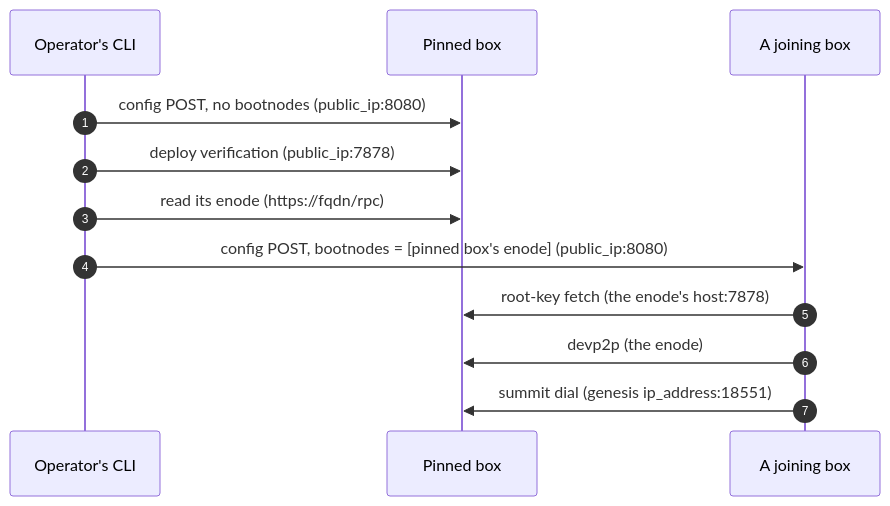
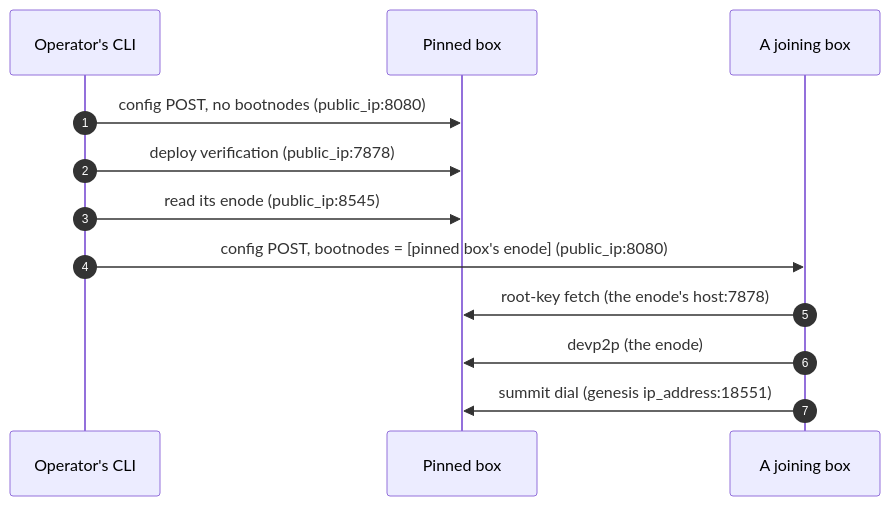
The diagram in docs/tee/networking.md (SeismicSystems/seismic), drawn with Mermaid before and after one commit. The commit also changed other lines of this file and 16 other files, not shown here.

````diff
--- a/docs/tee/networking.md
+++ b/docs/tee/networking.md
@@ -286,14 +286,14 @@
 ```mermaid
 sequenceDiagram
     autonumber
     participant CLI as Operator's CLI
     participant G as Pinned box
     participant J as A joining box
     CLI->>G: config POST, no bootnodes (public_ip:8080)
     CLI->>G: deploy verification (public_ip:7878)
-    CLI->>G: read its enode (https://fqdn/rpc)
+    CLI->>G: read its enode (public_ip:8545)
     CLI->>J: config POST, bootnodes = [pinned box's enode] (public_ip:8080)
     J->>G: root-key fetch (the enode's host:7878)
     J->>G: devp2p (the enode)
     J->>G: summit dial (genesis ip_address:18551)
 ```
````
